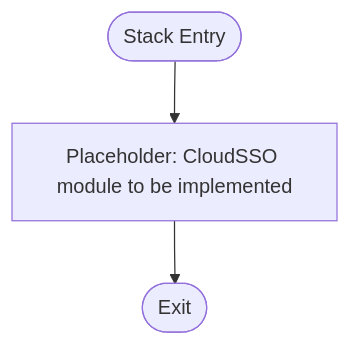
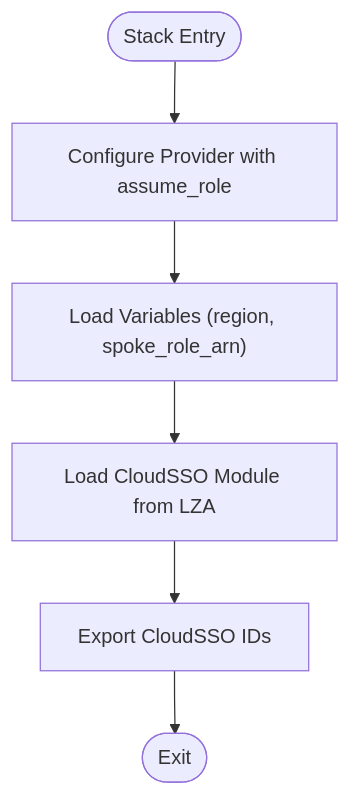
One commit to AlibabaCloudLandingZone/alibabacloud-landingzone-accelerator-github-demo changed the third of 12 diagrams in .qoder/repowiki/en/content/Stack Architecture/Stack Architecture.md. Above: the diagram before and after it, drawn with Mermaid. The commit also changed other lines of this file and 104 other files, not shown here.

````diff
--- a/.qoder/repowiki/en/content/Stack Architecture/Stack Architecture.md
+++ b/.qoder/repowiki/en/content/Stack Architecture/Stack Architecture.md
@@ -165,5 +203,8 @@
 ```mermaid
 flowchart TD
-Start(["Stack Entry"]) --> Placeholder["Placeholder: CloudSSO module to be implemented"]
-Placeholder --> End(["Exit"])
+Start(["Stack Entry"]) --> Provider["Configure Provider with assume_role"]
+Provider --> Variables["Load Variables (region, spoke_role_arn)"]
+Variables --> Module["Load CloudSSO Module from LZA"]
+Module --> Outputs["Export CloudSSO IDs"]
+Outputs --> End(["Exit"])
 ```
````
